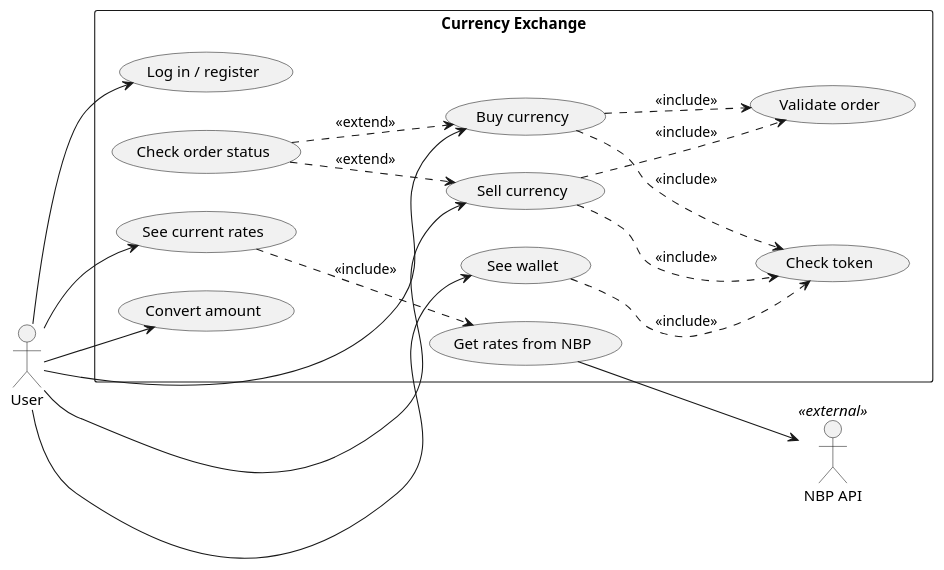
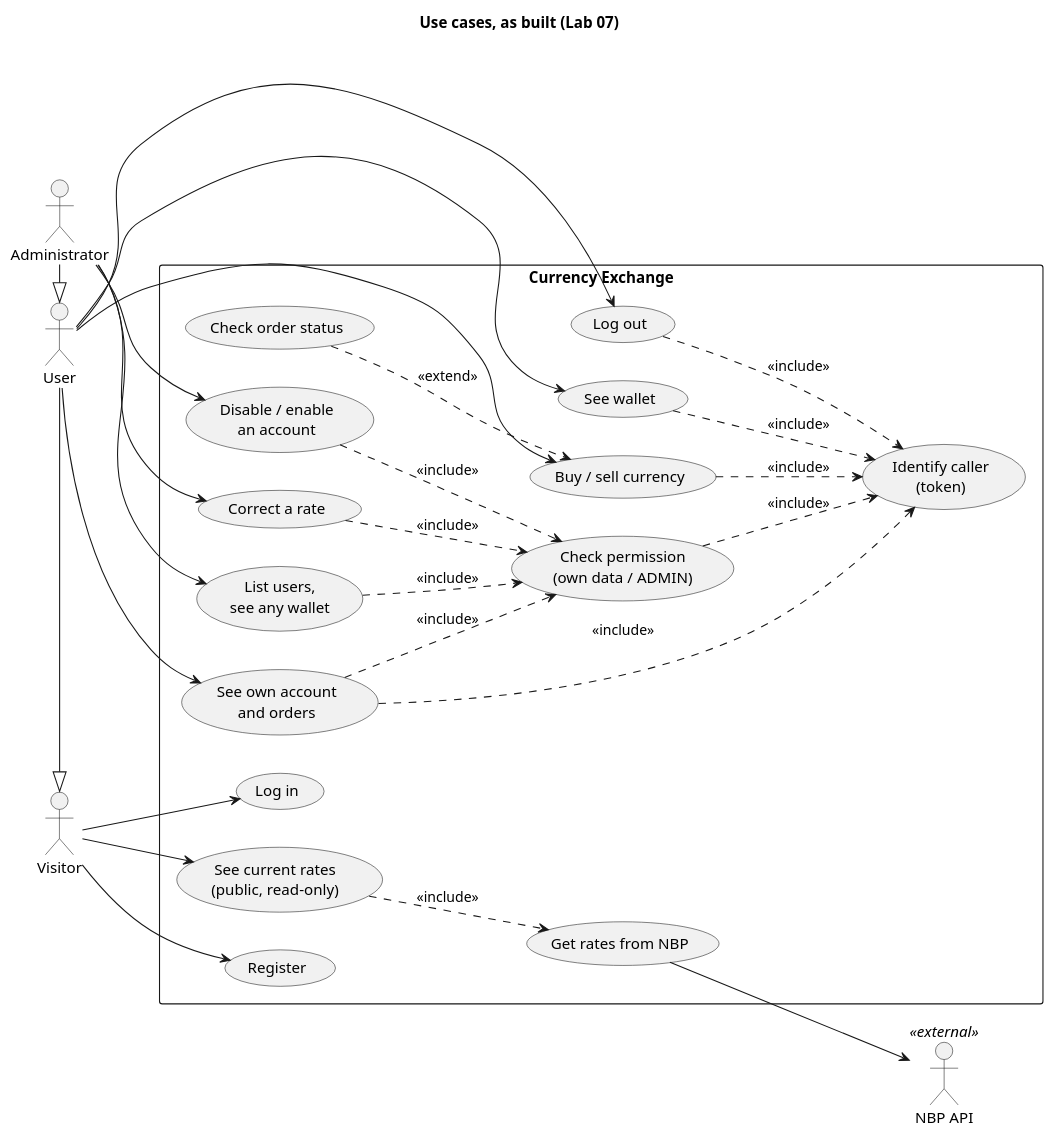
Before and after one commit to olezhakashz/currency-exchange: the diagram in docs/diagrams/use-cases.puml, drawn with PlantUML. The commit also changed other lines of this file and 30 other files, not shown here.

Commit message:
Lab 07: access rules, evidence, updated models and lab log

```diff
--- a/docs/diagrams/use-cases.puml
+++ b/docs/diagrams/use-cases.puml
@@ -1,38 +1,54 @@
 @startuml use-cases
 left to right direction
 skinparam monochrome true
 skinparam shadowing false
+title Use cases, as built (Lab 07)
 
+actor Visitor
 actor User
+actor Administrator as Admin
 actor "NBP API" as NBP <<external>>
+User -|> Visitor
+Admin -|> User
 
 rectangle "Currency Exchange" {
-  usecase "Log in / register" as UC1
-  usecase "See current rates" as UC2
-  usecase "Convert amount" as UC4
+  usecase "Register" as REG
+  usecase "Log in" as LOGIN
+  usecase "See current rates\n(public, read-only)" as UC2
+  usecase "Log out" as LOGOUT
+  usecase "See own account\nand orders" as ACC
   usecase "See wallet" as UC5
-  usecase "Buy currency" as UC7
-  usecase "Sell currency" as UC8
+  usecase "Buy / sell currency" as UC7
   usecase "Check order status" as UC10
+  usecase "List users,\nsee any wallet" as ADM1
+  usecase "Disable / enable\nan account" as ADM2
+  usecase "Correct a rate" as ADM3
+  usecase "Identify caller\n(token)" as AUTH
+  usecase "Check permission\n(own data / ADMIN)" as PERM
   usecase "Get rates from NBP" as UC11
-  usecase "Check token" as AUTH
-  usecase "Validate order" as VAL
 }
 
-User --> UC1
-User --> UC2
-User --> UC4
+Visitor --> REG
+Visitor --> LOGIN
+Visitor --> UC2
+User --> LOGOUT
+User --> ACC
 User --> UC5
 User --> UC7
-User --> UC8
+Admin --> ADM1
+Admin --> ADM2
+Admin --> ADM3
 
+ACC ..> AUTH : <<include>>
 UC5 ..> AUTH : <<include>>
 UC7 ..> AUTH : <<include>>
-UC8 ..> AUTH : <<include>>
-UC7 ..> VAL : <<include>>
-UC8 ..> VAL : <<include>>
+LOGOUT ..> AUTH : <<include>>
+ADM1 ..> PERM : <<include>>
+ADM2 ..> PERM : <<include>>
+ADM3 ..> PERM : <<include>>
+ACC ..> PERM : <<include>>
+PERM ..> AUTH : <<include>>
 UC10 ..> UC7 : <<extend>>
-UC10 ..> UC8 : <<extend>>
 UC2 ..> UC11 : <<include>>
 UC11 --> NBP
 @enduml
```
